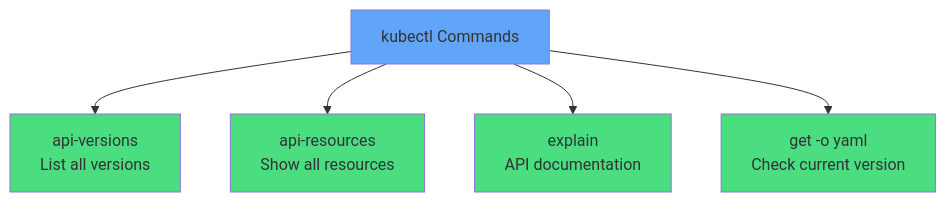
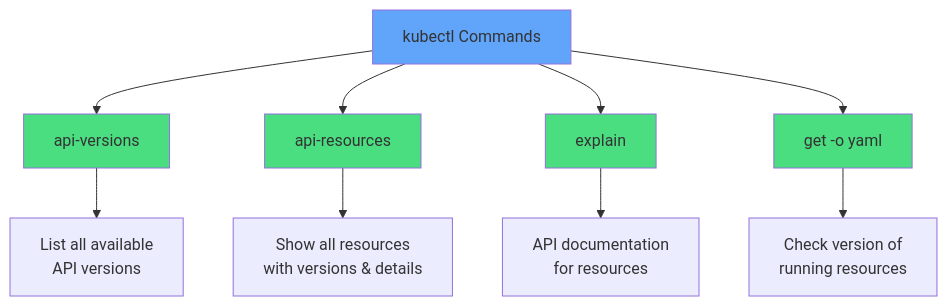
The sixth of 9 diagrams in slides/api-versions/slides.md (courselabs/kubernetes), drawn with Mermaid before and after one commit. The commit also changed other lines of this file and 7 other files, not shown here.

````diff
--- a/slides/api-versions/slides.md
+++ b/slides/api-versions/slides.md
@@ -217,13 +322,17 @@
 ```mermaid
 graph TB
     K[kubectl Commands]
-    K --> A1[api-versions<br/>List all versions]
-    K --> A2[api-resources<br/>Show all resources]
-    K --> A3[explain<br/>API documentation]
-    K --> A4[get -o yaml<br/>Check current version]
+    K --> A1[api-versions]
+    K --> A2[api-resources]
+    K --> A3[explain]
+    K --> A4[get -o yaml]
+    A1 --> D1[List all available<br/>API versions]
+    A2 --> D2[Show all resources<br/>with versions & details]
+    A3 --> D3[API documentation<br/>for resources]
+    A4 --> D4[Check version of<br/>running resources]
     style K fill:#60a5fa
     style A1 fill:#4ade80
     style A2 fill:#4ade80
     style A3 fill:#4ade80
     style A4 fill:#4ade80
 ```
````
